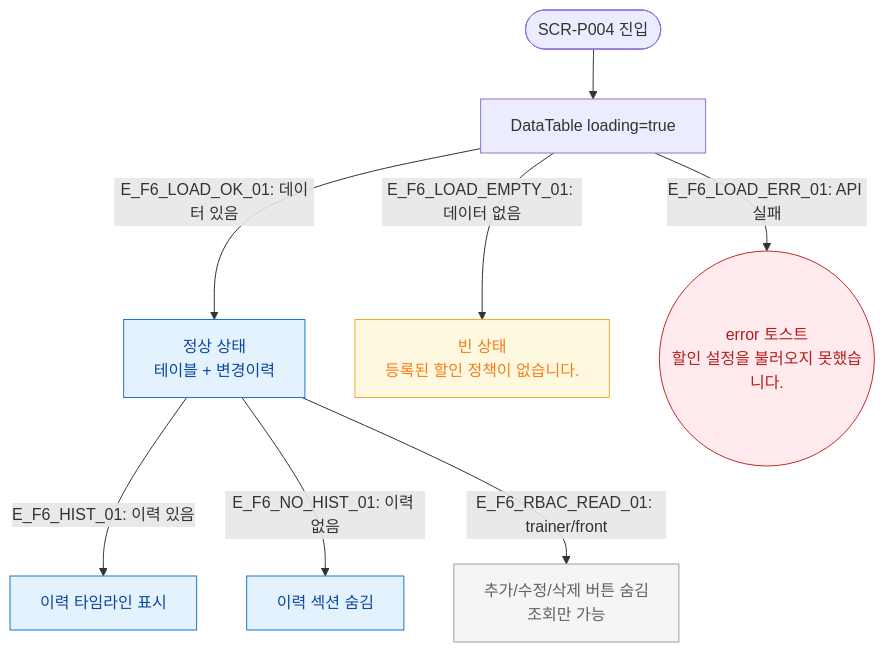
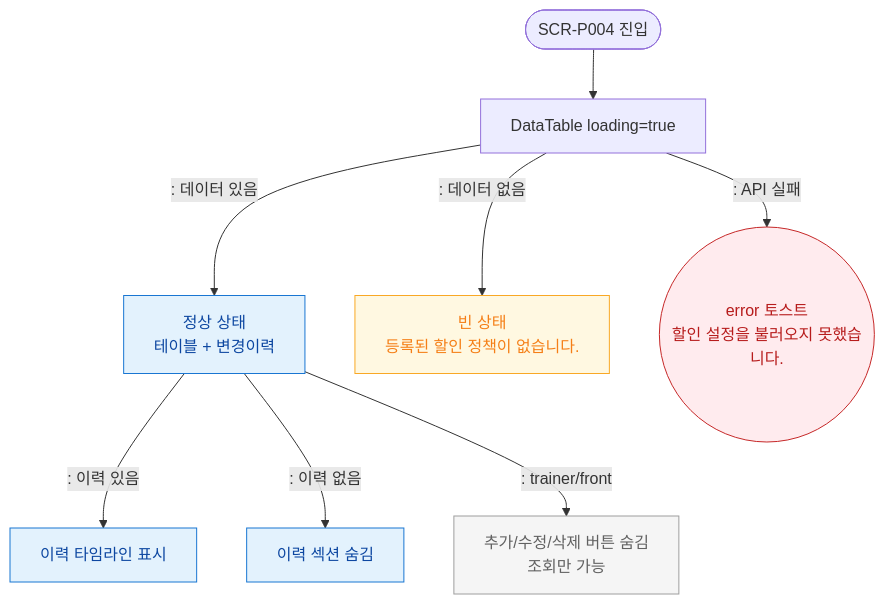
The diagram in docs/다이어그램/D05_상품관리/SCR-P004_할인설정/F6_상태별화면.md (dev-spogym/admin-pando), drawn with Mermaid before and after one commit. The commit also changed other lines of this file and 1660 other files, not shown here.

First line of the commit message:
다이어그램: 기획자/클라이언트 납품본으로 정리

````diff
--- a/docs/다이어그램/D05_상품관리/SCR-P004_할인설정/F6_상태별화면.md
+++ b/docs/다이어그램/D05_상품관리/SCR-P004_할인설정/F6_상태별화면.md
@@ -16,22 +14,22 @@
 ```mermaid
 flowchart TD
     ENTER([SCR-P004 진입]) --> Loading[DataTable loading=true]
-    Loading -->|"E_F6_LOAD_OK_01: 데이터 있음"| StateNormal[정상 상태\n테이블 + 변경이력]
-    Loading -->|"E_F6_LOAD_EMPTY_01: 데이터 없음"| StateEmpty[빈 상태\n등록된 할인 정책이 없습니다.]
-    Loading -->|"E_F6_LOAD_ERR_01: API 실패"| StateErr((error 토스트\n할인 설정을 불러오지 못했습니다.))
+    Loading -->|": 데이터 있음"|StateNormal[정상 상태\n테이블 + 변경이력]
+    Loading -->|": 데이터 없음"|StateEmpty[빈 상태\n등록된 할인 정책이 없습니다.]
+    Loading -->|": API 실패"|StateErr((error 토스트\n할인 설정을 불러오지 못했습니다.))
 
-    StateNormal -->|"E_F6_HIST_01: 이력 있음"| StateWithHist[이력 타임라인 표시]
-    StateNormal -->|"E_F6_NO_HIST_01: 이력 없음"| StateNoHist[이력 섹션 숨김]
+    StateNormal -->|": 이력 있음"|StateWithHist[이력 타임라인 표시]
+    StateNormal -->|": 이력 없음"|StateNoHist[이력 섹션 숨김]
 
-    StateNormal -->|"E_F6_RBAC_READ_01: trainer/front"| StateReadOnly[추가/수정/삭제 버튼 숨김\n조회만 가능]
+    StateNormal -->|": trainer/front"|StateReadOnly[추가/수정/삭제 버튼 숨김\n조회만 가능]
 
     classDef screen fill:#E3F2FD,stroke:#1976D2,color:#0D47A1
     classDef warning fill:#FFF8E1,stroke:#F9A825,color:#F57F17
     classDef error fill:#FFEBEE,stroke:#C62828,color:#B71C1C
     classDef rbacBlocked fill:#F5F5F5,stroke:#9E9E9E,color:#616161
     classDef system fill:#EDE7F6,stroke:#5E35B2
     class StateNormal,StateWithHist,StateNoHist screen
     class StateEmpty warning
     class StateErr error
     class StateReadOnly rbacBlocked
 ```
````
